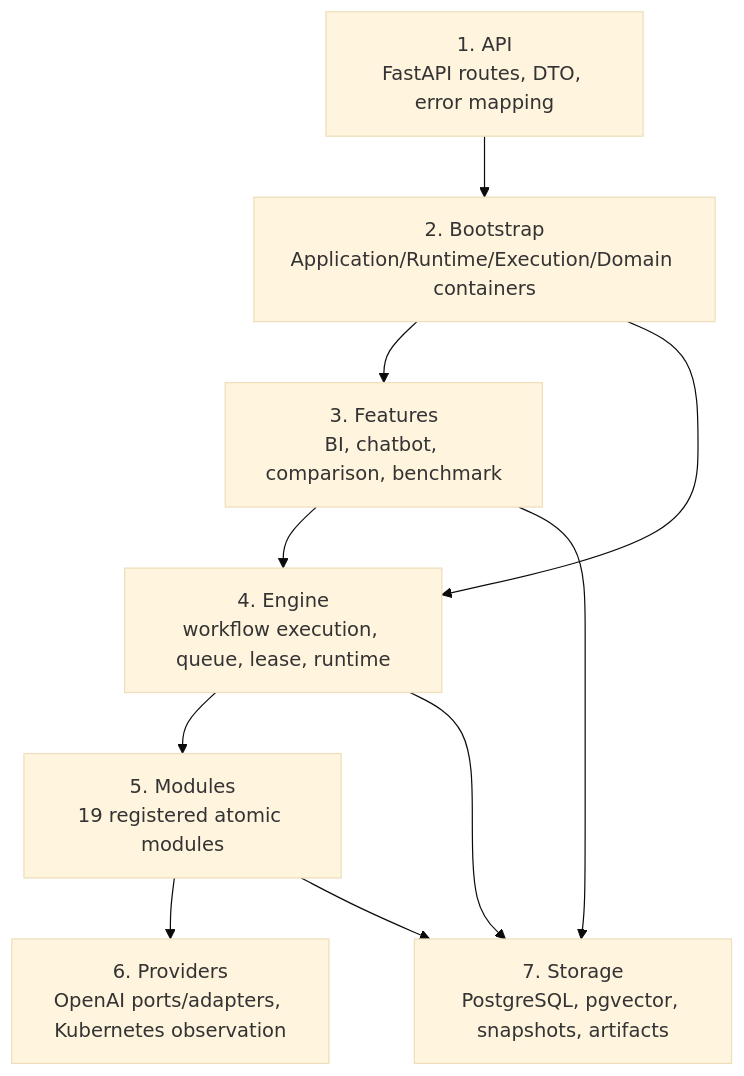
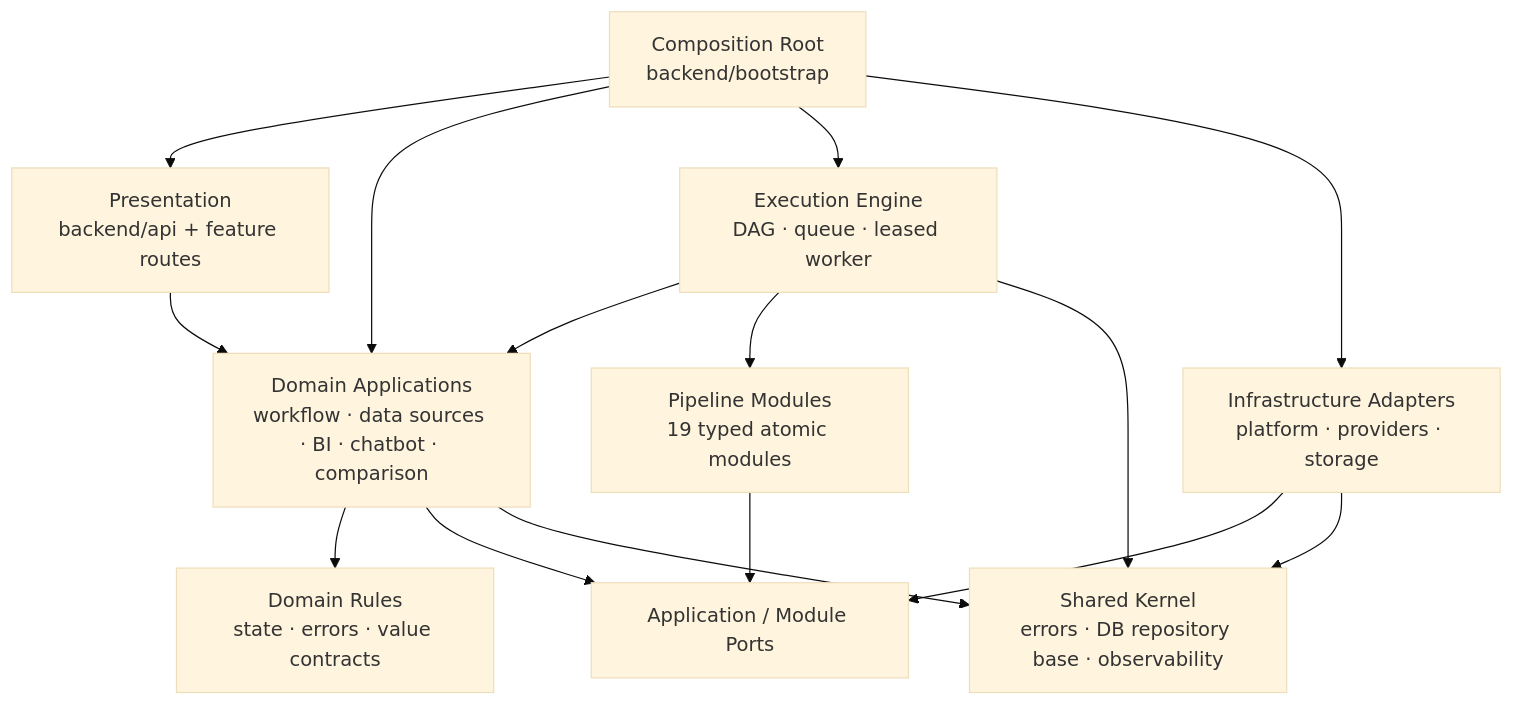
One commit to bist-mini-final/bist-mini-final changed the diagram in docs/blueprints/01_system_blueprints/BP-102_backend_layered_architecture.md. Above: the diagram before and after it, drawn with Mermaid (base theme). The commit also changed other lines of this file and 7 other files, not shown here.

````diff
--- a/docs/blueprints/01_system_blueprints/BP-102_backend_layered_architecture.md
+++ b/docs/blueprints/01_system_blueprints/BP-102_backend_layered_architecture.md
@@ -9,19 +11,27 @@
 ```mermaid
 flowchart TD
-    API["1. API\nFastAPI routes, DTO, error mapping"]
-    BOOT["2. Bootstrap\nApplication/Runtime/Execution/Domain containers"]
-    FEATURE["3. Features\nBI, chatbot, comparison, benchmark"]
-    ENGINE["4. Engine\nworkflow execution, queue, lease, runtime"]
-    MODULE["5. Modules\n19 registered atomic modules"]
-    PROVIDER["6. Providers\nOpenAI ports/adapters, Kubernetes observation"]
-    STORAGE["7. Storage\nPostgreSQL, pgvector, snapshots, artifacts"]
-    API --> BOOT
-    BOOT --> FEATURE
+    API["Presentation\nbackend/api + feature routes"]
+    BOOT["Composition Root\nbackend/bootstrap"]
+    APP["Domain Applications\nworkflow · data sources · BI · chatbot · comparison"]
+    DOMAIN["Domain Rules\nstate · errors · value contracts"]
+    ENGINE["Execution Engine\nDAG · queue · leased worker"]
+    MODULE["Pipeline Modules\n19 typed atomic modules"]
+    PORT["Application / Module Ports"]
+    ADAPTER["Infrastructure Adapters\nplatform · providers · storage"]
+    SHARED["Shared Kernel\nerrors · DB repository base · observability"]
+
+    API --> APP
+    BOOT --> API
+    BOOT --> APP
     BOOT --> ENGINE
-    FEATURE --> ENGINE
-    FEATURE --> STORAGE
+    BOOT --> ADAPTER
+    APP --> DOMAIN
+    APP --> PORT
+    ENGINE --> APP
     ENGINE --> MODULE
-    ENGINE --> STORAGE
-    MODULE --> PROVIDER
-    MODULE --> STORAGE
+    MODULE --> PORT
+    ADAPTER --> PORT
+    APP --> SHARED
+    ENGINE --> SHARED
+    ADAPTER --> SHARED
 ```
````
